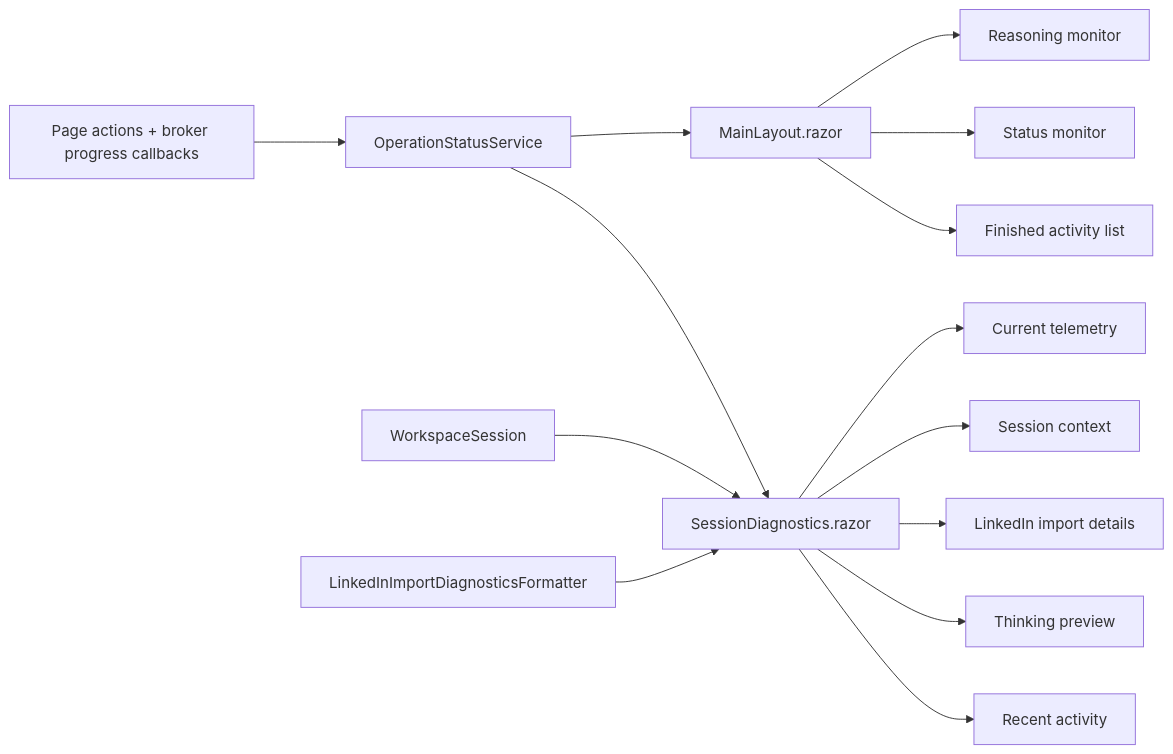
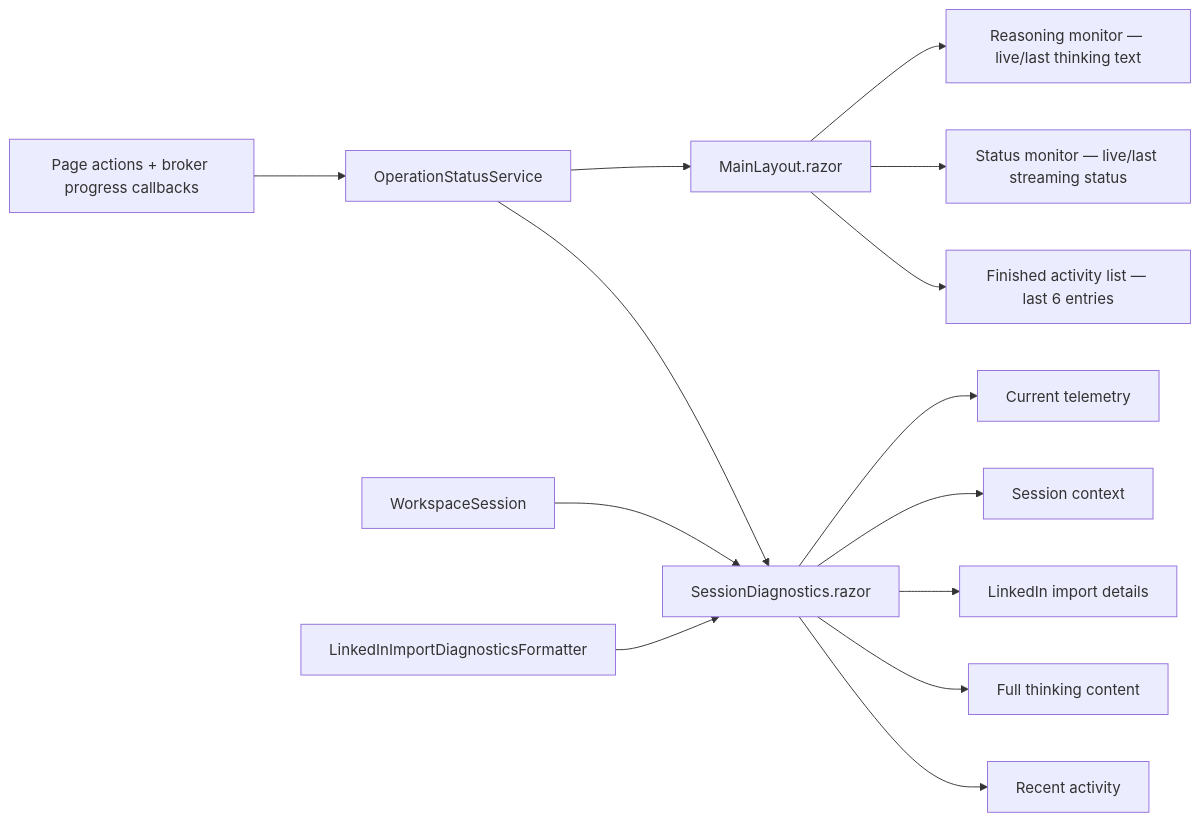
One commit to hennie42/li-jobber changed diagram 20 of 20 in docs/details.md. Above: the diagram before and after it, drawn with Mermaid. The commit also changed other lines of this file and 1 other file, not shown here.

````diff
--- a/docs/details.md
+++ b/docs/details.md
@@ -526,16 +1007,16 @@
 ```mermaid
 graph LR
     A[Page actions + broker progress callbacks] --> B[OperationStatusService]
     B --> C[MainLayout.razor]
-    C --> D[Reasoning monitor]
-    C --> E[Status monitor]
-    C --> F[Finished activity list]
+    C --> D[Reasoning monitor — live/last thinking text]
+    C --> E[Status monitor — live/last streaming status]
+    C --> F[Finished activity list — last 6 entries]
     G[WorkspaceSession] --> H[SessionDiagnostics.razor]
     B --> H
     I[LinkedInImportDiagnosticsFormatter] --> H
     H --> J[Current telemetry]
     H --> K[Session context]
     H --> L[LinkedIn import details]
-    H --> M[Thinking preview]
+    H --> M[Full thinking content]
     H --> N[Recent activity]
 ```
````
